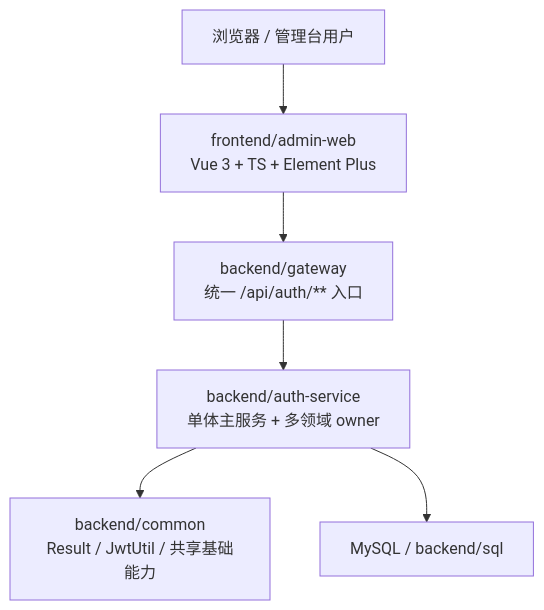
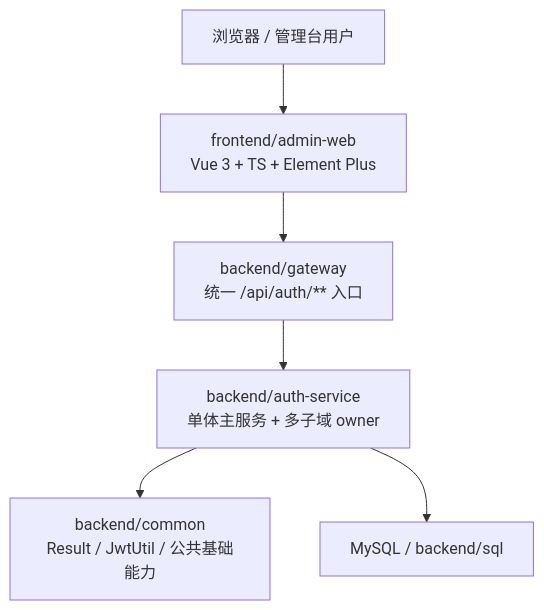
One commit to funsir555/Reimbursement-System changed the first of 2 diagrams in docs/architecture/系统架构设计.md. Above: the diagram before and after it, drawn with Mermaid. The commit also changed other lines of this file and 105 other files, not shown here.

````diff
--- a/docs/architecture/系统架构设计.md
+++ b/docs/architecture/系统架构设计.md
@@ -19,15 +19,15 @@
 ```mermaid
 flowchart TB
     U["浏览器 / 管理台用户"]
     FE["frontend/admin-web\nVue 3 + TS + Element Plus"]
     GW["backend/gateway\n统一 /api/auth/** 入口"]
-    AUTH["backend/auth-service\n单体主服务 + 多领域 owner"]
-    CM["backend/common\nResult / JwtUtil / 共享基础能力"]
+    AUTH["backend/auth-service\n单体主服务 + 多子域 owner"]
+    CM["backend/common\nResult / JwtUtil / 公共基础能力"]
     DB["MySQL / backend/sql"]
 
     U --> FE
     FE --> GW
     GW --> AUTH
     AUTH --> CM
     AUTH --> DB
 ```
````
